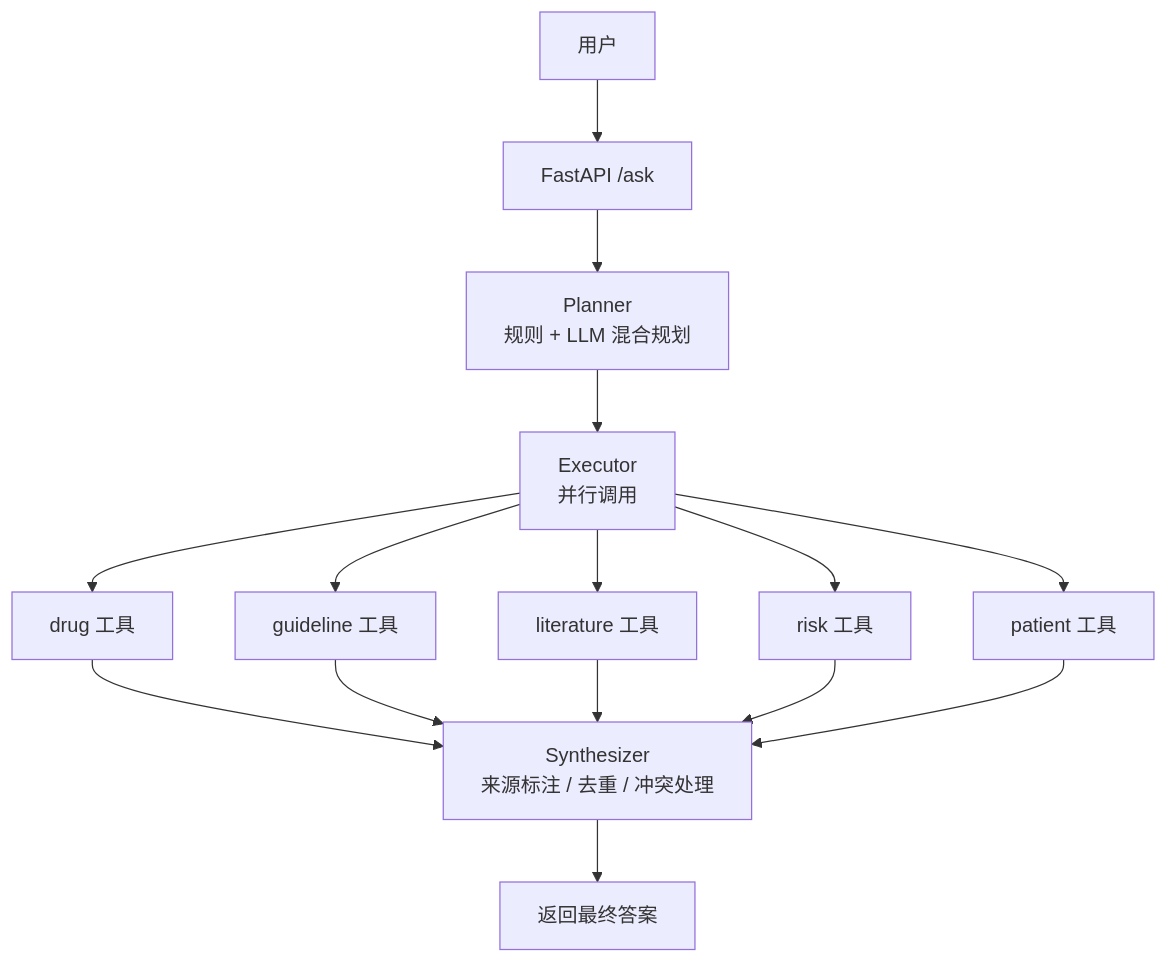
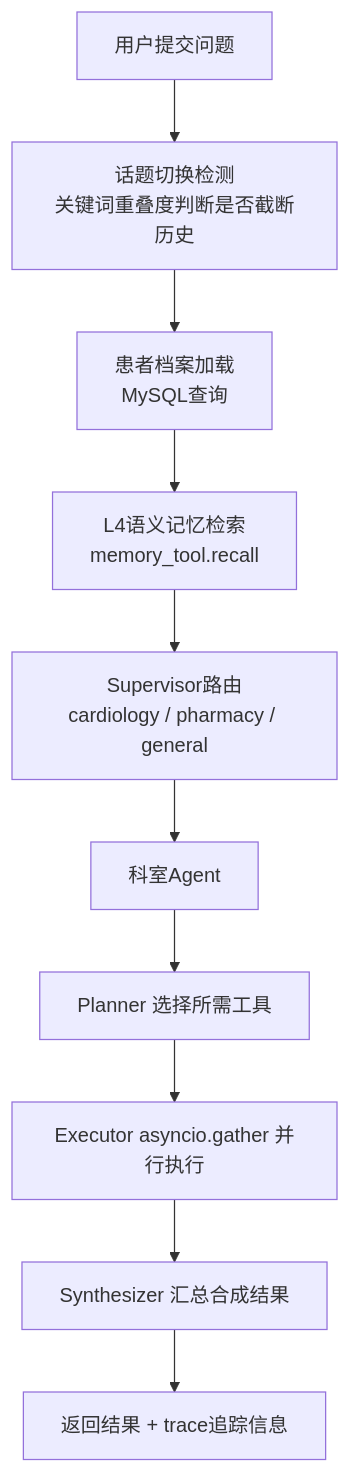
One commit to Dillon-Xue/med_agent_v1 changed the first of 5 diagrams in README.md. Above: the diagram before and after it, drawn with Mermaid. The commit also changed other lines of this file, not shown here.

````diff
--- a/README.md
+++ b/README.md
@@ -392,17 +226,12 @@
 ```mermaid
-graph TD
-    A[用户] --> B[FastAPI /ask]
-    B --> C[Planner<br>规则 + LLM 混合规划]
-    C --> D[Executor<br>并行调用]
-    D --> E1[drug 工具]
-    D --> E2[guideline 工具]
-    D --> E3[literature 工具]
-    D --> E4[risk 工具]
-    D --> E5[patient 工具]
-    E1 --> F[Synthesizer<br>来源标注 / 去重 / 冲突处理]
-    E2 --> F
-    E3 --> F
-    E4 --> F
-    E5 --> F
-    F --> G[返回最终答案]
+flowchart TD
+    A[用户提交问题] --> B[话题切换检测<br>关键词重叠度判断是否截断历史]
+    B --> C[患者档案加载<br>MySQL查询]
+    C --> D[L4语义记忆检索<br>memory_tool.recall]
+    D --> E[Supervisor路由<br>cardiology / pharmacy / general]
+    E --> F[科室Agent]
+    F --> F1[Planner 选择所需工具]
+    F1 --> F2[Executor asyncio.gather 并行执行]
+    F2 --> F3[Synthesizer 汇总合成结果]
+    F3 --> G[返回结果 + trace追踪信息]
 ```
````
